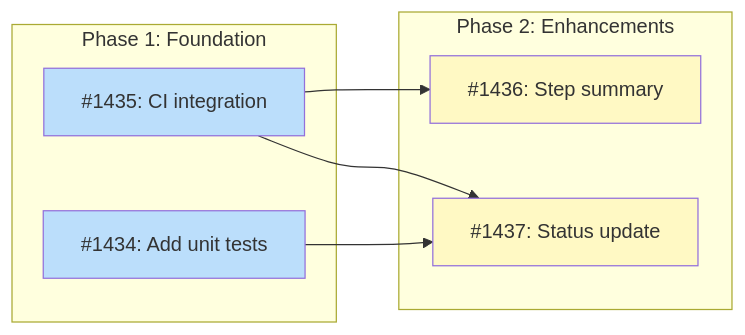
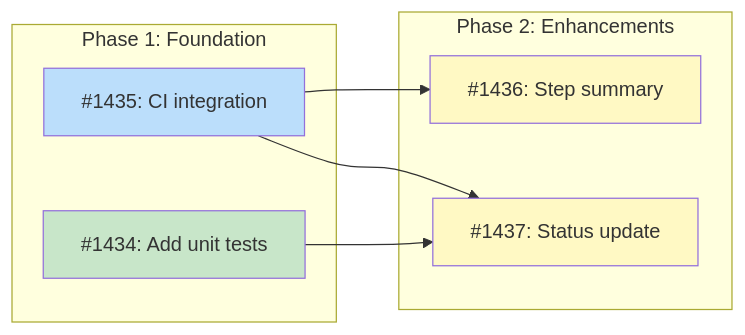
Before and after one commit to tsukumogami/tsuku: the diagram in docs/designs/DESIGN-pipeline-dashboard.md, drawn with Mermaid.

Commit message:
docs(design): update diagram status for #1434 completion
Mark I1434 as done in the Mermaid dependency graph since the PR closes
this issue.

````diff
--- a/docs/designs/DESIGN-pipeline-dashboard.md
+++ b/docs/designs/DESIGN-pipeline-dashboard.md
@@ -63,24 +63,25 @@
 ```mermaid
 graph LR
     subgraph Phase1["Phase 1: Foundation"]
         I1434["#1434: Add unit tests"]
         I1435["#1435: CI integration"]
     end
 
     subgraph Phase2["Phase 2: Enhancements"]
         I1436["#1436: Step summary"]
         I1437["#1437: Status update"]
     end
 
     I1435 --> I1436
     I1434 --> I1437
     I1435 --> I1437
 
     classDef done fill:#c8e6c9
     classDef ready fill:#bbdefb
     classDef blocked fill:#fff9c4
     classDef needsDesign fill:#e1bee7
 
-    class I1434,I1435 ready
+    class I1434 done
+    class I1435 ready
     class I1436,I1437 blocked
 ```
````
